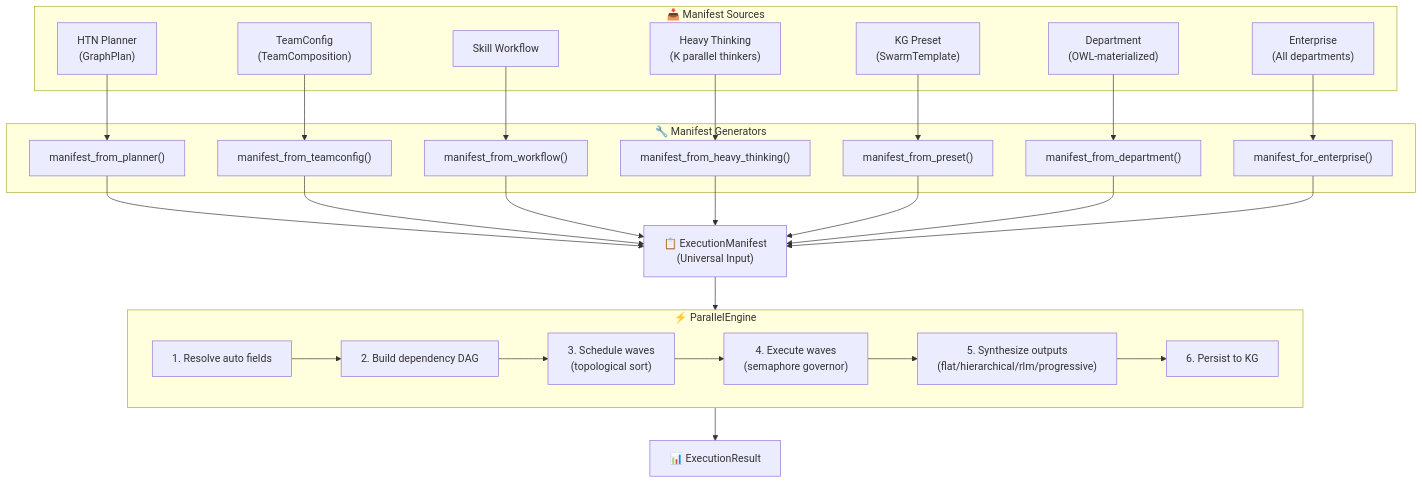
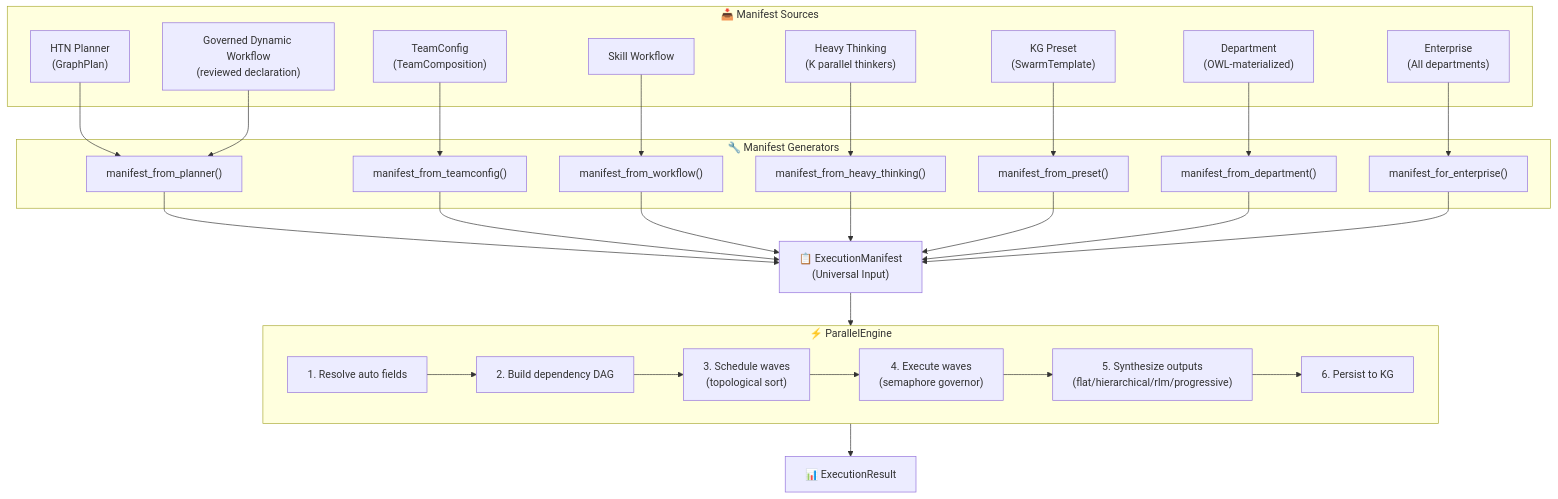
Before and after one commit to Knuckles-Team/agent-utilities: the first of 2 diagrams in docs/pillars/1_graph_orchestration/ORCH-1.8-Parallel_Engine.md, drawn with Mermaid. The commit also changed other lines of this file and 9 other files, not shown here.

Commit message:
feat: add governed dynamic workflow adapter

````diff
--- a/docs/pillars/1_graph_orchestration/ORCH-1.8-Parallel_Engine.md
+++ b/docs/pillars/1_graph_orchestration/ORCH-1.8-Parallel_Engine.md
@@ -24,48 +24,50 @@
 ```mermaid
 graph TB
     subgraph INPUT["📥 Manifest Sources"]
         PLANNER["HTN Planner<br/>(GraphPlan)"]
         TEAM["TeamConfig<br/>(TeamComposition)"]
         WORKFLOW["Skill Workflow"]
         HEAVY["Heavy Thinking<br/>(K parallel thinkers)"]
         PRESET["KG Preset<br/>(SwarmTemplate)"]
         DEPT["Department<br/>(OWL-materialized)"]
         ENTERPRISE["Enterprise<br/>(All departments)"]
+        DYNAMIC["Governed Dynamic Workflow<br/>(reviewed declaration)"]
     end
 
     subgraph GENERATORS["🔧 Manifest Generators"]
         G1["manifest_from_planner()"]
         G2["manifest_from_teamconfig()"]
         G3["manifest_from_workflow()"]
         G4["manifest_from_heavy_thinking()"]
         G5["manifest_from_preset()"]
         G6["manifest_from_department()"]
         G7["manifest_for_enterprise()"]
     end
 
     MANIFEST["📋 ExecutionManifest<br/>(Universal Input)"]
 
     subgraph ENGINE["⚡ ParallelEngine"]
         RESOLVE["1. Resolve auto fields"]
         DAG["2. Build dependency DAG"]
         SCHEDULE["3. Schedule waves<br/>(topological sort)"]
         EXECUTE["4. Execute waves<br/>(semaphore governor)"]
         SYNTH["5. Synthesize outputs<br/>(flat/hierarchical/rlm/progressive)"]
         PERSIST["6. Persist to KG"]
     end
 
     RESULT["📊 ExecutionResult"]
 
     PLANNER --> G1
     TEAM --> G2
     WORKFLOW --> G3
     HEAVY --> G4
     PRESET --> G5
     DEPT --> G6
     ENTERPRISE --> G7
+    DYNAMIC --> G1
 
     G1 & G2 & G3 & G4 & G5 & G6 & G7 --> MANIFEST
     MANIFEST --> ENGINE
     RESOLVE --> DAG --> SCHEDULE --> EXECUTE --> SYNTH --> PERSIST
     ENGINE --> RESULT
 ```
````
